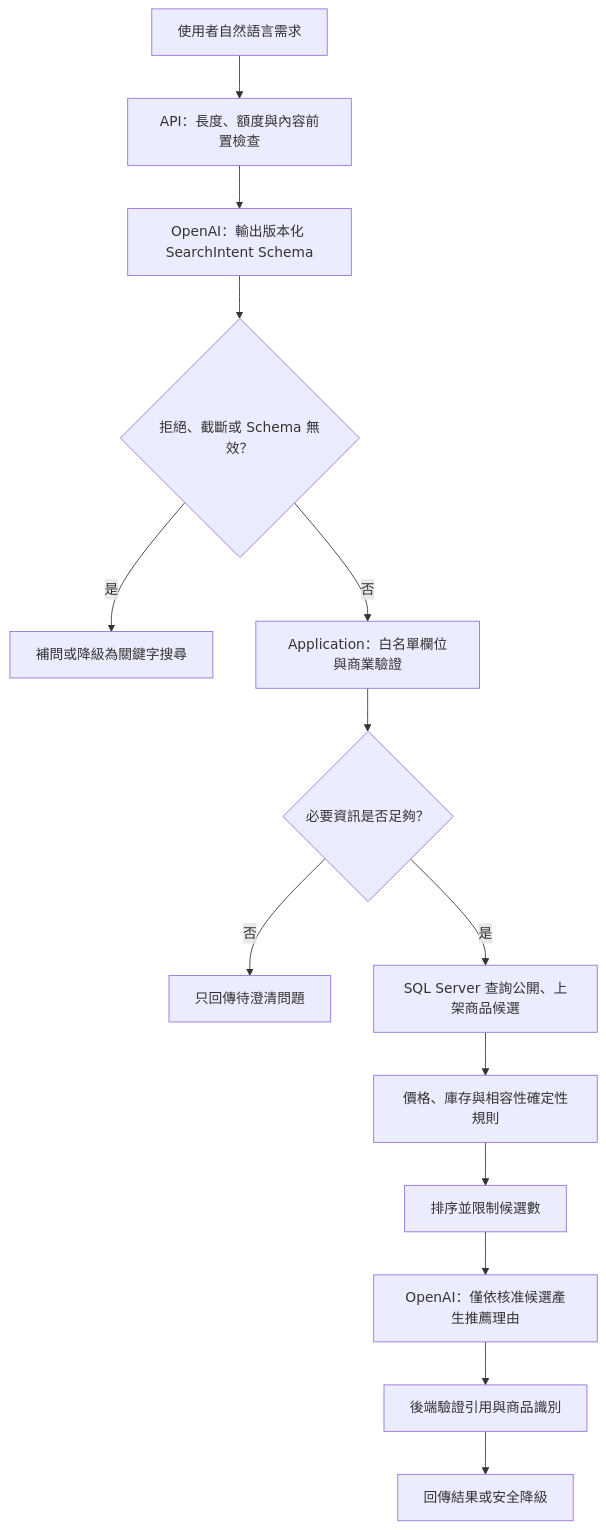
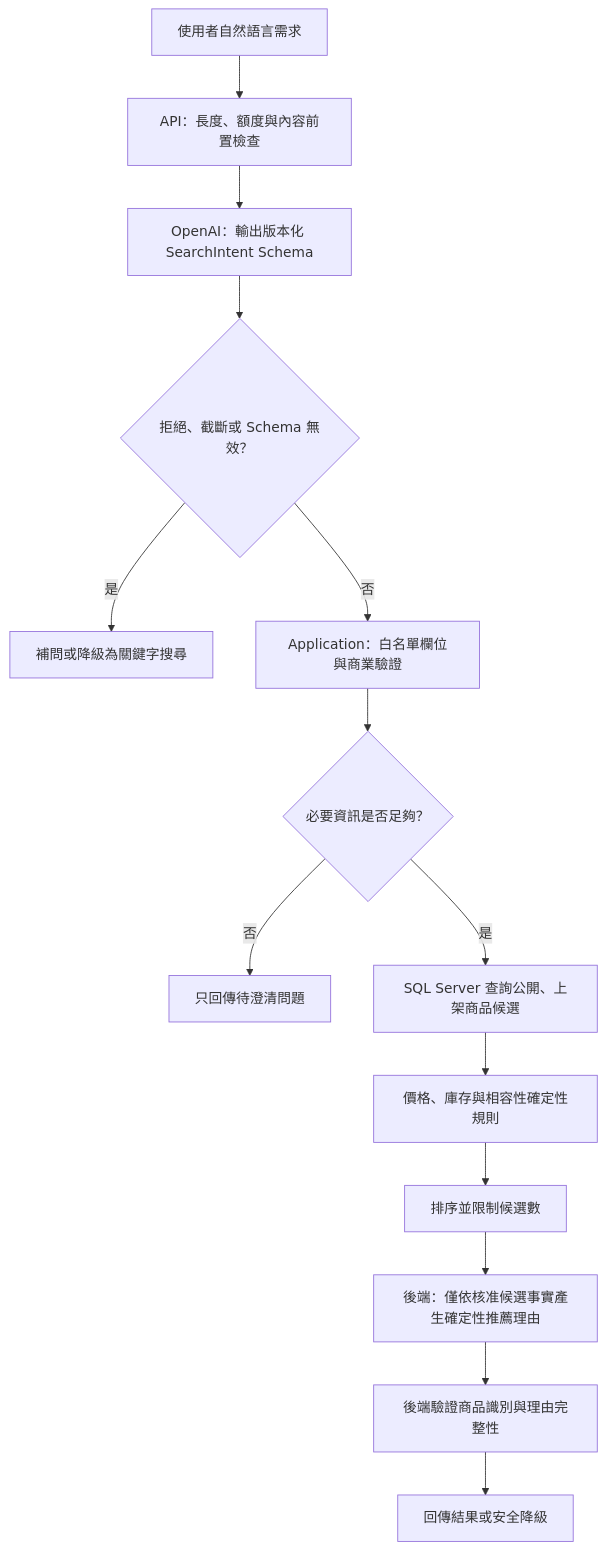
Before and after one commit to FullStackDeveloperSecond/FinalProject: the first of 2 diagrams in FP.sheet/FinalProject/03-架構/06-AI設計/AI應用詳細設計.md, drawn with Mermaid. The commit also changed other lines of this file and 48 other files, not shown here.

````diff
--- a/FP.sheet/FinalProject/03-架構/06-AI設計/AI應用詳細設計.md
+++ b/FP.sheet/FinalProject/03-架構/06-AI設計/AI應用詳細設計.md
@@ -30,16 +30,16 @@
 ```mermaid
 flowchart TD
     A["使用者自然語言需求"] --> B["API：長度、額度與內容前置檢查"]
     B --> C["OpenAI：輸出版本化 SearchIntent Schema"]
     C --> D{"拒絕、截斷或 Schema 無效？"}
     D -- 是 --> E["補問或降級為關鍵字搜尋"]
     D -- 否 --> F["Application：白名單欄位與商業驗證"]
     F --> G{"必要資訊是否足夠？"}
     G -- 否 --> H["只回傳待澄清問題"]
     G -- 是 --> I["SQL Server 查詢公開、上架商品候選"]
     I --> J["價格、庫存與相容性確定性規則"]
     J --> K["排序並限制候選數"]
-    K --> L["OpenAI：僅依核准候選產生推薦理由"]
-    L --> M["後端驗證引用與商品識別"]
+    K --> L["後端：僅依核准候選事實產生確定性推薦理由"]
+    L --> M["後端驗證商品識別與理由完整性"]
     M --> N["回傳結果或安全降級"]
 ```
````
